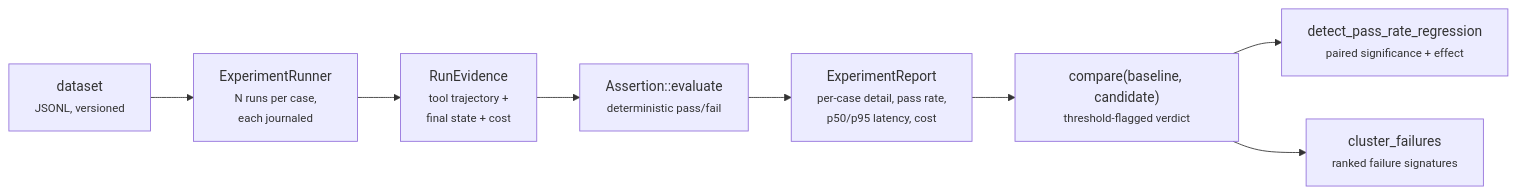
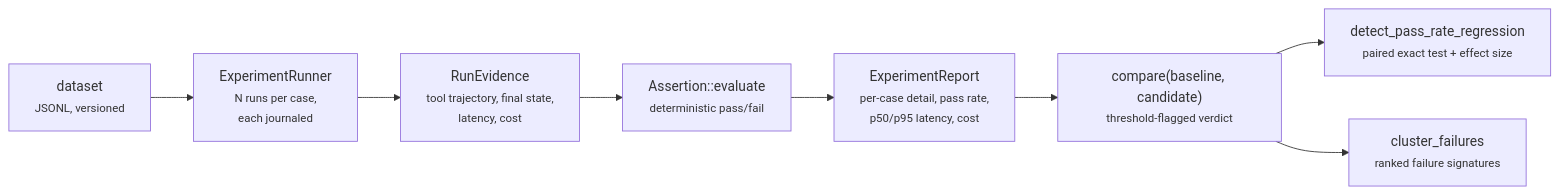
One commit to dev-amjad-shaikh/aboutrusty-site changed the diagram in aboutrusty/guide/20-evaluate.md. Above: the diagram before and after it, drawn with Mermaid. The commit also changed other lines of this file and 18 other files, not shown here.

````diff
--- a/aboutrusty/guide/20-evaluate.md
+++ b/aboutrusty/guide/20-evaluate.md
@@ -13,10 +13,10 @@
 ```mermaid
 flowchart LR
     DS["dataset<br><small>JSONL, versioned</small>"] --> ER["ExperimentRunner<br><small>N runs per case,<br>each journaled</small>"]
-    ER --> EV["RunEvidence<br><small>tool trajectory +<br>final state + cost</small>"]
+    ER --> EV["RunEvidence<br><small>tool trajectory, final state,<br>latency, cost</small>"]
     EV --> AS["Assertion::evaluate<br><small>deterministic pass/fail</small>"]
     AS --> RP["ExperimentReport<br><small>per-case detail, pass rate,<br>p50/p95 latency, cost</small>"]
     RP --> CP["compare(baseline, candidate)<br><small>threshold-flagged verdict</small>"]
-    CP --> RG["detect_pass_rate_regression<br><small>paired significance + effect</small>"]
+    CP --> RG["detect_pass_rate_regression<br><small>paired exact test + effect size</small>"]
     CP --> CF["cluster_failures<br><small>ranked failure signatures</small>"]
 ```
````
